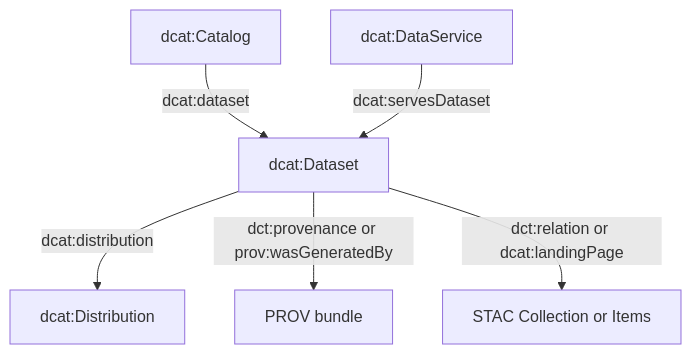
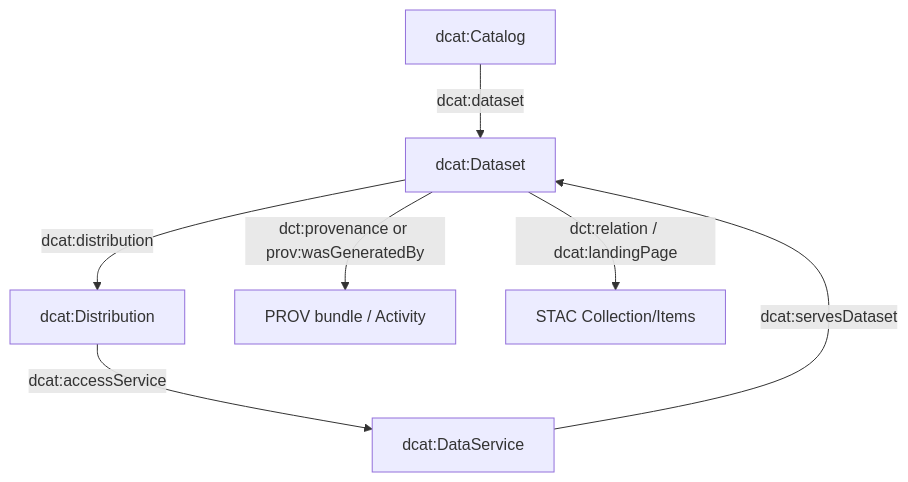
Before and after one commit to bartytime4life/Kansas-Frontier-Matrix: the second of 2 diagrams in docs/standards/KFM_DCAT_PROFILE.md, drawn with Mermaid. The commit also changed other lines of this file, not shown here.

```diff
--- a/docs/standards/KFM_DCAT_PROFILE.md
+++ b/docs/standards/KFM_DCAT_PROFILE.md
@@ -183,8 +250,9 @@
 ~~~mermaid
 flowchart TB
   Catalog[dcat:Catalog] -->|dcat:dataset| Dataset[dcat:Dataset]
   Dataset -->|dcat:distribution| Dist[dcat:Distribution]
   Service[dcat:DataService] -->|dcat:servesDataset| Dataset
-  Dataset -->|dct:provenance or prov:wasGeneratedBy| Prov[PROV bundle]
-  Dataset -->|dct:relation or dcat:landingPage| STAC[STAC Collection or Items]
+  Dist -->|dcat:accessService| Service
+  Dataset -->|dct:provenance or prov:wasGeneratedBy| Prov[PROV bundle / Activity]
+  Dataset -->|dct:relation / dcat:landingPage| STAC[STAC Collection/Items]
 ~~~
```
